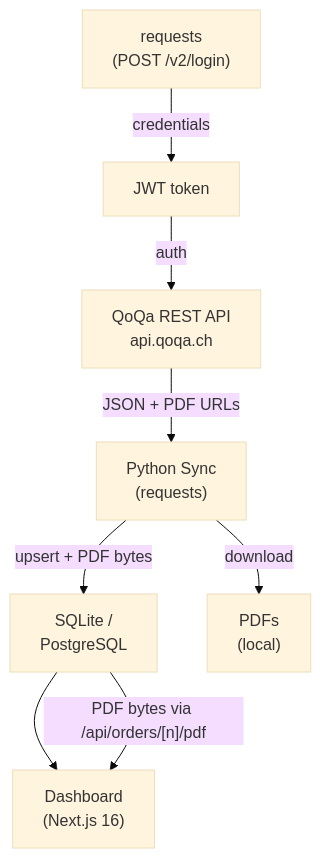
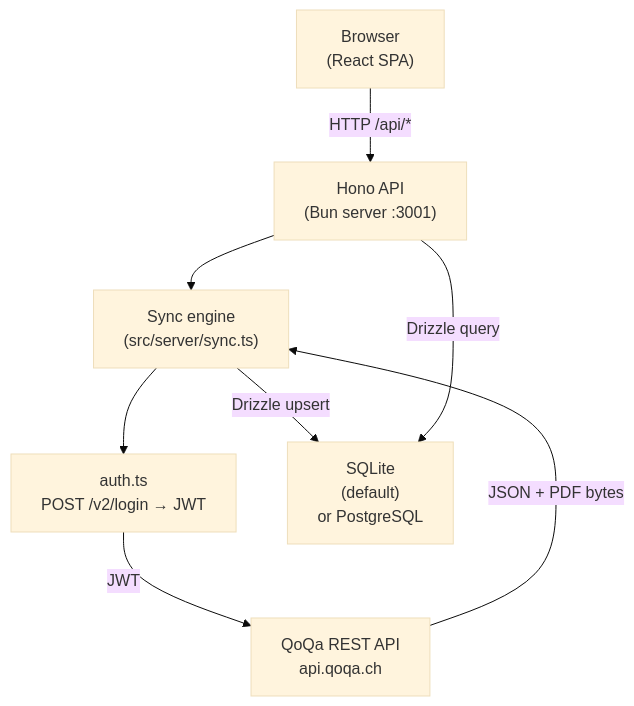
One commit to nyg/qoqa-compta changed the diagram in docs/architecture.md. Above: the diagram before and after it, drawn with Mermaid (base theme). The commit also changed other lines of this file and 4 other files, not shown here.

Commit message:
docs: update for Bun/Hono/Vite refactor (#40)

````diff
--- a/docs/architecture.md
+++ b/docs/architecture.md
@@ -8,18 +7,17 @@
 ```mermaid
 flowchart TD
-    Auth["requests\n(POST /v2/login)"]
-    JWT["JWT token"]
+    Browser["Browser\n(React SPA)"]
+    Hono["Hono API\n(Bun server :3001)"]
+    Sync["Sync engine\n(src/server/sync.ts)"]
+    Auth["auth.ts\nPOST /v2/login → JWT"]
     QoqaAPI["QoQa REST API\napi.qoqa.ch"]
-    PythonSync["Python Sync\n(requests)"]
-    DB["SQLite /\nPostgreSQL"]
-    PDFs["PDFs\n(local)"]
-    Dashboard["Dashboard\n(Next.js 16)"]
+    DB["SQLite\n(default)\nor PostgreSQL"]
 
-    Auth -->|credentials| JWT
-    JWT -->|auth| QoqaAPI
-    QoqaAPI -->|"JSON + PDF URLs"| PythonSync
-    PythonSync -->|upsert + PDF bytes| DB
-    PythonSync -->|download| PDFs
-    DB --> Dashboard
-    DB -->|"PDF bytes via /api/orders/[n]/pdf"| Dashboard
+    Browser -->|HTTP /api/*| Hono
+    Hono --> Sync
+    Sync --> Auth
+    Auth -->|JWT| QoqaAPI
+    QoqaAPI -->|JSON + PDF bytes| Sync
+    Sync -->|Drizzle upsert| DB
+    Hono -->|Drizzle query| DB
 ```
````
